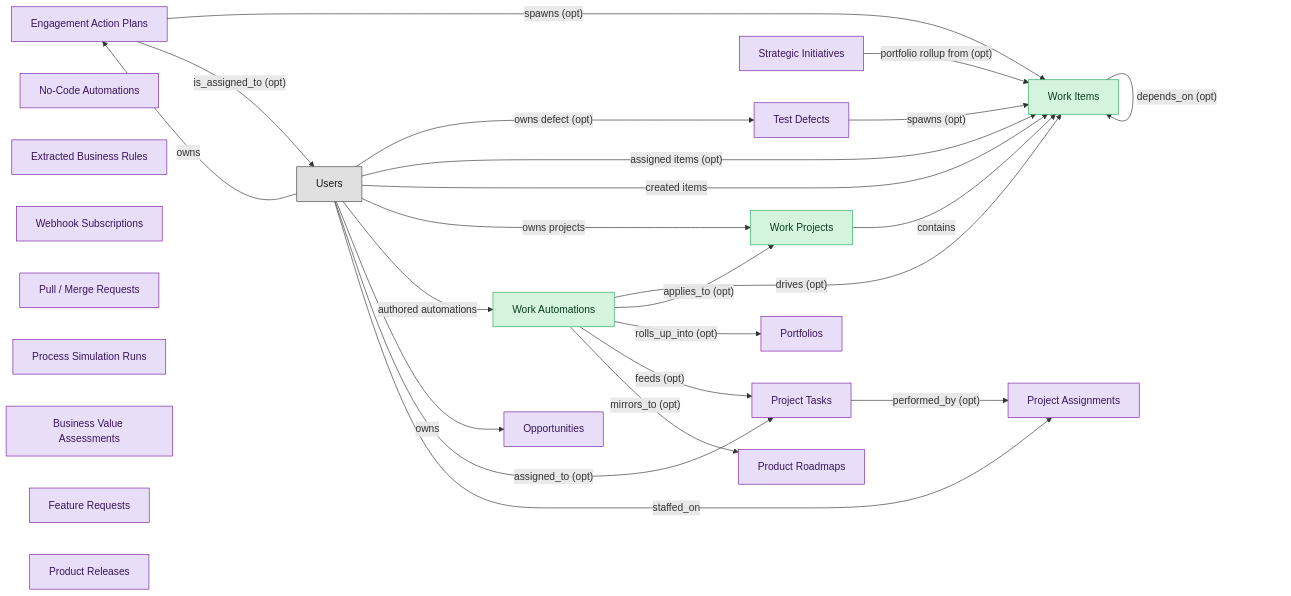
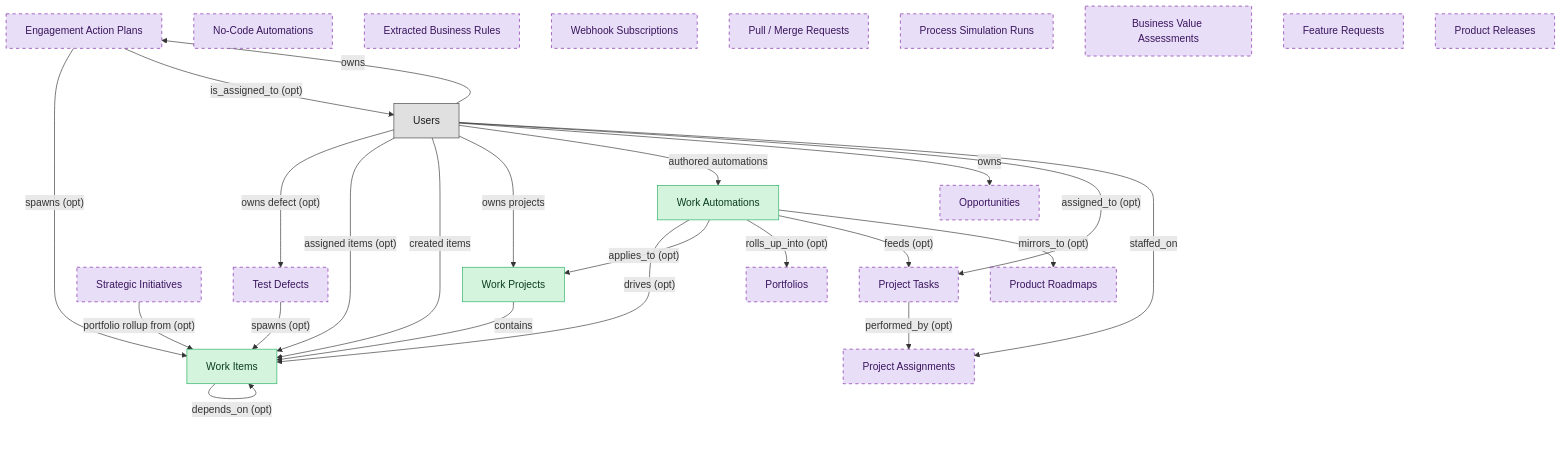
The diagram in blueprints/work-mgmt-task-exec-semantic-blueprint.md (IntranetFactory/domain-map), drawn with Mermaid before and after one commit. The commit also changed other lines of this file and 23 other files, not shown here.

````diff
--- a/blueprints/work-mgmt-task-exec-semantic-blueprint.md
+++ b/blueprints/work-mgmt-task-exec-semantic-blueprint.md
@@ -44,5 +44,5 @@
 ```mermaid
-flowchart LR
+flowchart TD
   classDef master fill:#d4f4dd,stroke:#27ae60,color:#0b3d20;
   classDef consumer fill:#e8def8,stroke:#7b1fa2,color:#3a155d;
   classDef platform_builtin fill:#e0e0e0,stroke:#424242,color:#1a1a1a;
@@ -107,4 +107,20 @@
   class product_releases consumer;
   class project_assignments consumer;
   class users platform_builtin;
+  style crm_opportunities stroke-dasharray:5 5;
+  style strategic_initiatives stroke-dasharray:5 5;
+  style strategic_portfolios stroke-dasharray:5 5;
+  style action_plans stroke-dasharray:5 5;
+  style nocode_automations stroke-dasharray:5 5;
+  style business_rules_extracted stroke-dasharray:5 5;
+  style webhook_subscriptions stroke-dasharray:5 5;
+  style pull_requests stroke-dasharray:5 5;
+  style test_defects stroke-dasharray:5 5;
+  style process_simulation_runs stroke-dasharray:5 5;
+  style business_value_assessments stroke-dasharray:5 5;
+  style project_tasks stroke-dasharray:5 5;
+  style product_roadmaps stroke-dasharray:5 5;
+  style feature_requests stroke-dasharray:5 5;
+  style product_releases stroke-dasharray:5 5;
+  style project_assignments stroke-dasharray:5 5;
 ```
````
